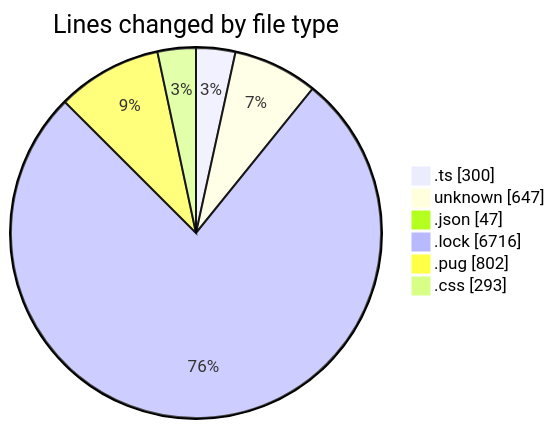
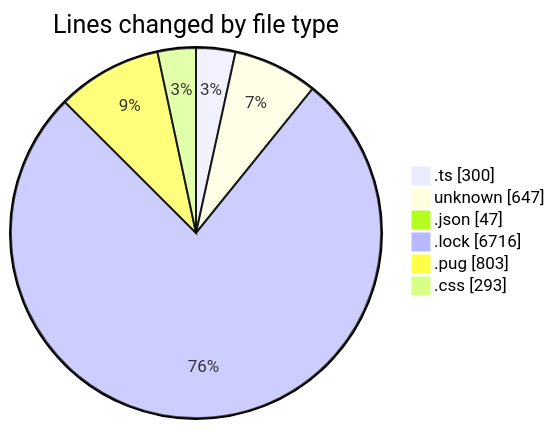
Before and after one commit to momahboobian/code-tracking: the first of 2 diagrams in 2026-05-22/cda/README.md, drawn with Mermaid. The commit also changed other lines of this file and 1 other file, not shown here.

````diff
--- a/2026-05-22/cda/README.md
+++ b/2026-05-22/cda/README.md
@@ -30,10 +30,10 @@
 ```mermaid
 pie showData
 title Lines changed by file type
 ".ts" : 300
 "unknown" : 647
 ".json" : 47
 ".lock" : 6716
-".pug" : 802
+".pug" : 803
 ".css" : 293
 ```
````
